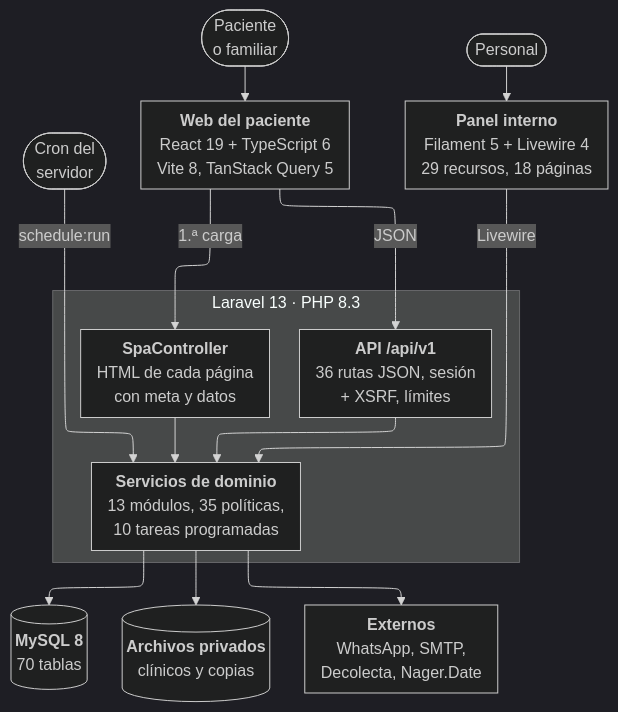
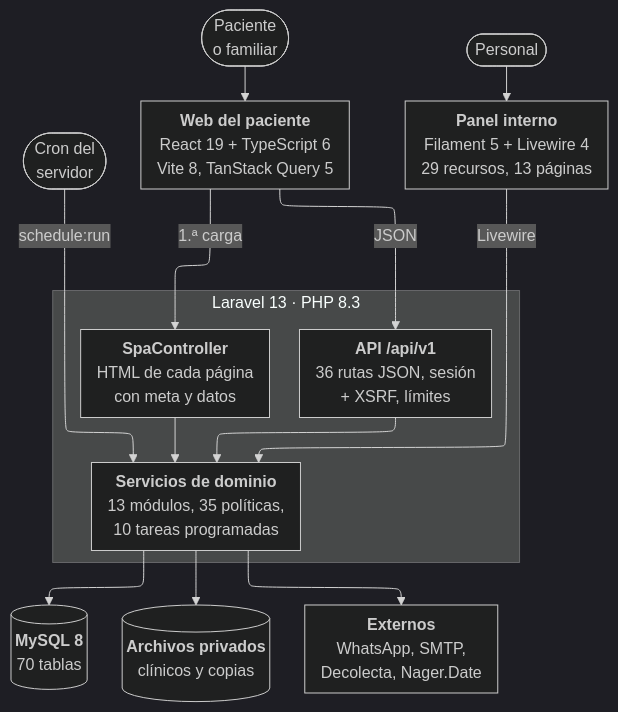
The fourth of 15 diagrams in docs/entregables/E1-requerimientos-y-diseno/E1-documento.md (francalizaya266-sudo/venga-implantes), drawn with Mermaid (dark theme) before and after one commit. The commit also changed other lines of this file and 8 other files, not shown here.

````diff
--- a/docs/entregables/E1-requerimientos-y-diseno/E1-documento.md
+++ b/docs/entregables/E1-requerimientos-y-diseno/E1-documento.md
@@ -433,28 +433,28 @@
 ```mermaid
 %%{init: {"layout": "elk", "flowchart": {"nodeSpacing": 22, "rankSpacing": 36, "padding": 8}}}%%
 flowchart TB
   pac(["Paciente<br/>o familiar"])
   per(["Personal"])
   cron(["Cron del<br/>servidor"])
   spa["<b>Web del paciente</b><br/>React 19 + TypeScript 6<br/>Vite 8, TanStack Query 5"]
-  pan["<b>Panel interno</b><br/>Filament 5 + Livewire 4<br/>29 recursos, 18 páginas"]
+  pan["<b>Panel interno</b><br/>Filament 5 + Livewire 4<br/>29 recursos, 13 páginas"]
   subgraph lar["Laravel 13 · PHP 8.3"]
     api["<b>API /api/v1</b><br/>36 rutas JSON, sesión<br/>+ XSRF, límites"]
     doc["<b>SpaController</b><br/>HTML de cada página<br/>con meta y datos"]
     srv["<b>Servicios de dominio</b><br/>13 módulos, 35 políticas,<br/>10 tareas programadas"]
   end
   db[("<b>MySQL 8</b><br/>70 tablas")]
   fs[("<b>Archivos privados</b><br/>clínicos y copias")]
   ext["<b>Externos</b><br/>WhatsApp, SMTP,<br/>Decolecta, Nager.Date"]
   pac --> spa
   per --> pan
   spa -- "JSON" --> api
   spa -- "1.ª carga" --> doc
   pan -- "Livewire" --> srv
   cron -- "schedule:run" --> srv
   api --> srv
   doc --> srv
   srv --> db
   srv --> fs
   srv --> ext
 ```
````
